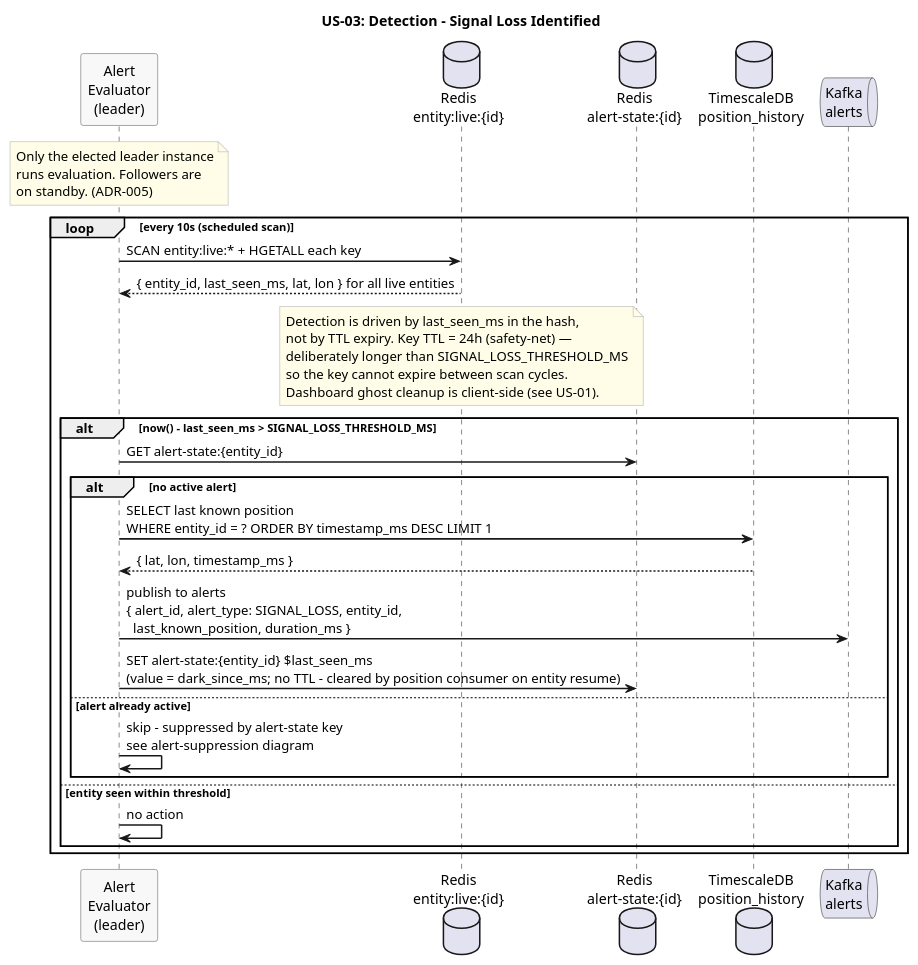
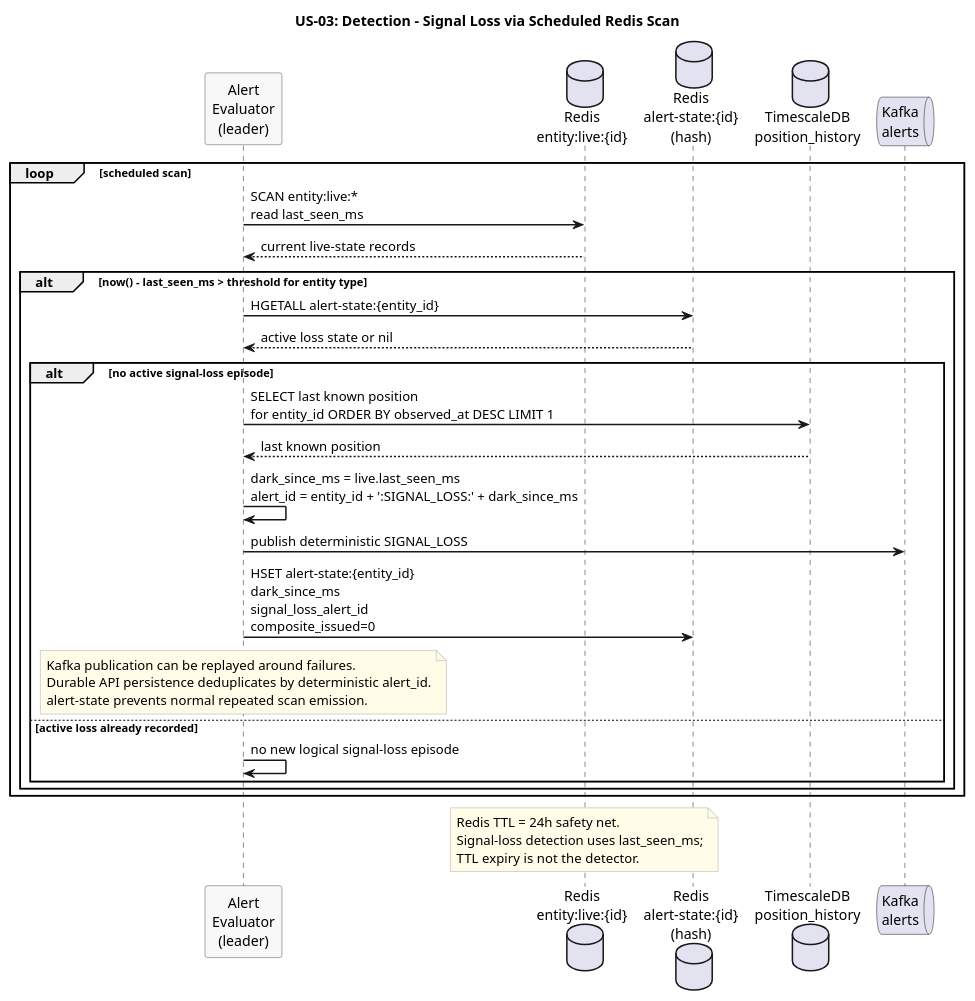
The diagram in docs/use-cases/US-03-signal-loss-alert/detection.puml (Buffden/sentinel), drawn with PlantUML before and after one commit. The commit also changed 7 other files, not shown here.

Commit message:
docs: fix remaining diagram contract drift

```diff
--- a/docs/use-cases/US-03-signal-loss-alert/detection.puml
+++ b/docs/use-cases/US-03-signal-loss-alert/detection.puml
@@ -1,53 +1,49 @@
 @startuml detection
-title US-03: Detection - Signal Loss Identified
+title US-03: Detection - Signal Loss via Scheduled Redis Scan
 
 skinparam sequenceArrowThickness 1.5
 skinparam participantBorderColor #555555
 skinparam participantBackgroundColor #F8F8F8
 skinparam noteBorderColor #AAAAAA
 skinparam noteBackgroundColor #FFFDE7
 
 participant "Alert\nEvaluator\n(leader)" as Evaluator
-database "Redis\nentity:live:{id}" as Redis
-database "Redis\nalert-state:{id}" as AlertState
+database "Redis\nentity:live:{id}" as LiveState
+database "Redis\nalert-state:{id}\n(hash)" as AlertState
 database "TimescaleDB\nposition_history" as TSDB
 queue "Kafka\nalerts" as Kafka
 
-note over Evaluator
-  Only the elected leader instance
-  runs evaluation. Followers are
-  on standby. (ADR-005)
-end note
+loop scheduled scan
+  Evaluator -> LiveState : SCAN entity:live:*\nread last_seen_ms
+  LiveState --> Evaluator : current live-state records
 
-loop every 10s (scheduled scan)
-  Evaluator -> Redis : SCAN entity:live:* + HGETALL each key
-  Redis --> Evaluator : { entity_id, last_seen_ms, lat, lon } for all live entities
+  alt now() - last_seen_ms > threshold for entity type
+    Evaluator -> AlertState : HGETALL alert-state:{entity_id}
+    AlertState --> Evaluator : active loss state or nil
 
-  note over Redis
-    Detection is driven by last_seen_ms in the hash,
-    not by TTL expiry. Key TTL = 24h (safety-net) —
-    deliberately longer than SIGNAL_LOSS_THRESHOLD_MS
-    so the key cannot expire between scan cycles.
-    Dashboard ghost cleanup is client-side (see US-01).
-  end note
+    alt no active signal-loss episode
+      Evaluator -> TSDB : SELECT last known position\nfor entity_id ORDER BY observed_at DESC LIMIT 1
+      TSDB --> Evaluator : last known position
 
-  alt now() - last_seen_ms > SIGNAL_LOSS_THRESHOLD_MS
-    Evaluator -> AlertState : GET alert-state:{entity_id}
+      Evaluator -> Evaluator : dark_since_ms = live.last_seen_ms\nalert_id = entity_id + ':SIGNAL_LOSS:' + dark_since_ms
+      Evaluator -> Kafka : publish deterministic SIGNAL_LOSS
+      Evaluator -> AlertState : HSET alert-state:{entity_id}\ndark_since_ms\nsignal_loss_alert_id\ncomposite_issued=0
 
-    alt no active alert
-      Evaluator -> TSDB : SELECT last known position\nWHERE entity_id = ? ORDER BY timestamp_ms DESC LIMIT 1
-      TSDB --> Evaluator : { lat, lon, timestamp_ms }
-
-      Evaluator -> Kafka : publish to alerts\n{ alert_id, alert_type: SIGNAL_LOSS, entity_id,\n  last_known_position, duration_ms }
-      Evaluator -> AlertState : SET alert-state:{entity_id} $last_seen_ms\n(value = dark_since_ms; no TTL - cleared by position consumer on entity resume)
-
-    else alert already active
-      Evaluator -> Evaluator : skip - suppressed by alert-state key\nsee alert-suppression diagram
+      note over Evaluator
+        Kafka publication can be replayed around failures.
+        Durable API persistence deduplicates by deterministic alert_id.
+        alert-state prevents normal repeated scan emission.
+      end note
+    else active loss already recorded
+      Evaluator -> Evaluator : no new logical signal-loss episode
     end
-
-  else entity seen within threshold
-    Evaluator -> Evaluator : no action
   end
 end
 
+note over LiveState
+  Redis TTL = 24h safety net.
+  Signal-loss detection uses last_seen_ms;
+  TTL expiry is not the detector.
+end note
+
 @enduml
```
